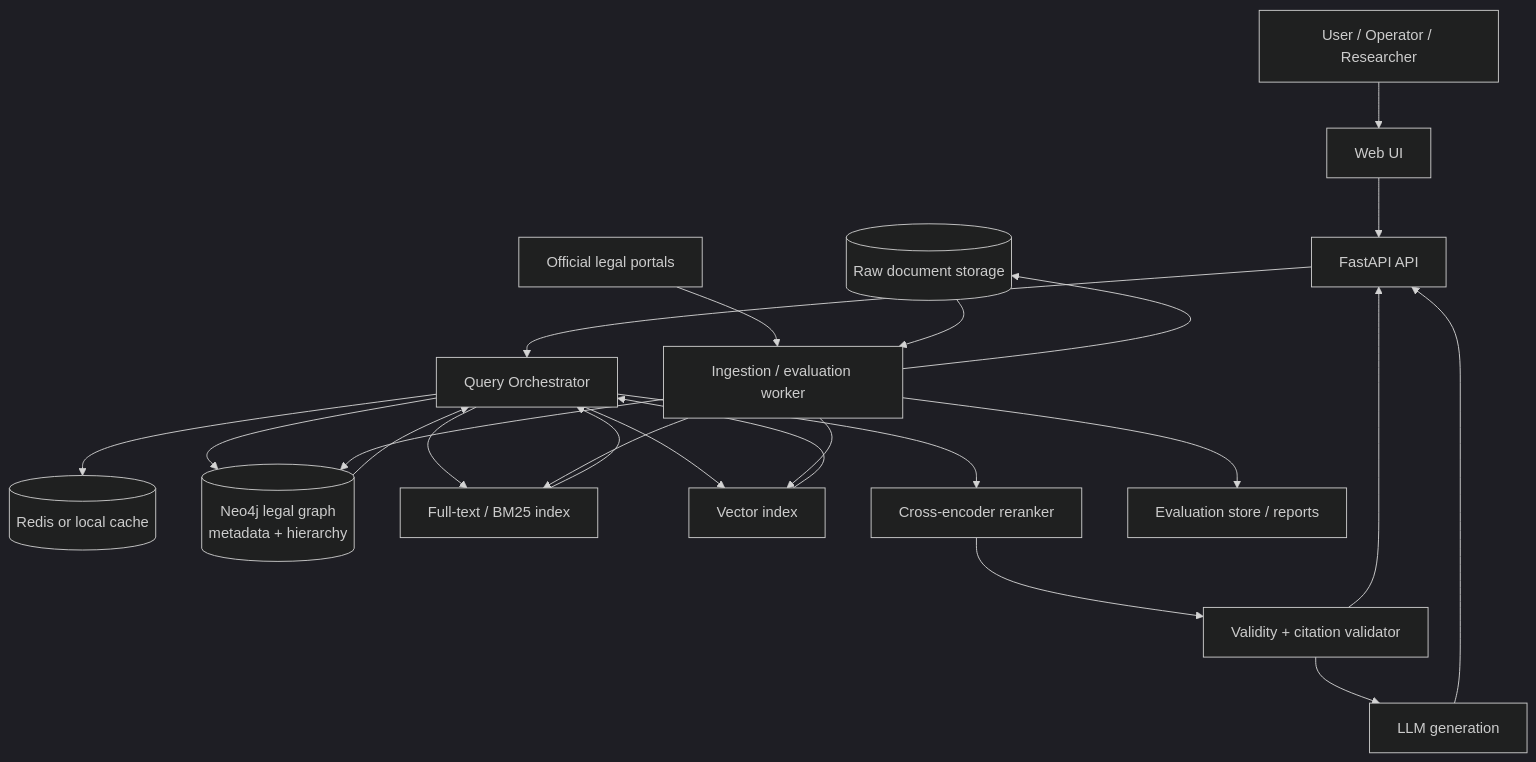
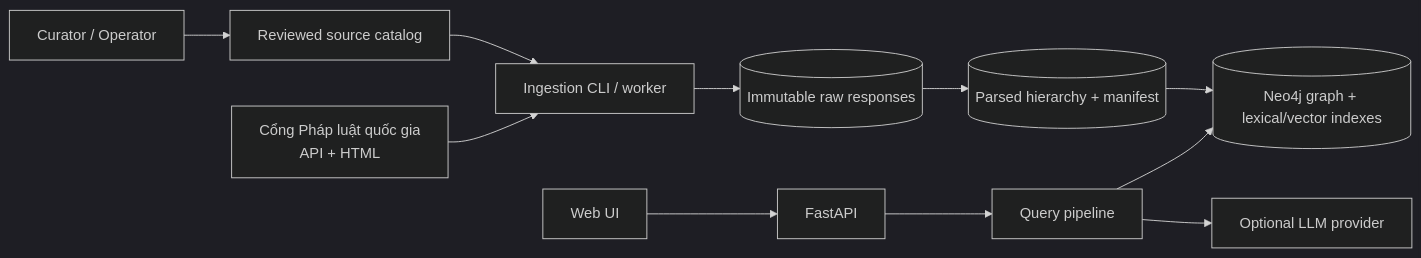
The first of 3 diagrams in docs/02-system-architecture.md (hungle123-dev/vietnamese-traffic-law-rag), drawn with Mermaid (dark theme) before and after one commit. The commit also changed other lines of this file and 44 other files, not shown here.

Commit message:
docs: finalize traffic law GraphRAG blueprint

````diff
--- a/docs/02-system-architecture.md
+++ b/docs/02-system-architecture.md
@@ -19,34 +11,21 @@
 ```mermaid
-flowchart TB
-    U[User / Operator / Researcher]
+flowchart LR
+    Operator[Curator / Operator]
+    Portal[Cổng Pháp luật quốc gia\nAPI + HTML]
+    Catalog[Reviewed source catalog]
+    Ingest[Ingestion CLI / worker]
+    Raw[(Immutable raw responses)]
+    Parsed[(Parsed hierarchy + manifest)]
+    Graph[(Neo4j graph + lexical/vector indexes)]
+    API[FastAPI]
+    Retrieve[Query pipeline]
+    LLM[Optional LLM provider]
     UI[Web UI]
-    API[FastAPI API]
-    ORCH[Query Orchestrator]
-    CACHE[(Redis or local cache)]
-    META[(Neo4j legal graph\nmetadata + hierarchy)]
-    RAW[(Raw document storage)]
-    LEX[Full-text / BM25 index]
-    VEC[Vector index]
-    RERANK[Cross-encoder reranker]
-    VALID[Validity + citation validator]
-    LLM[LLM generation]
-    WORKER[Ingestion / evaluation worker]
-    SOURCES[Official legal portals]
-    EVAL[Evaluation store / reports]
 
-    U --> UI --> API --> ORCH
-    ORCH --> CACHE
-    ORCH --> LEX
-    ORCH --> VEC
-    ORCH --> META
-    LEX --> ORCH
-    VEC --> ORCH
-    META --> ORCH
-    ORCH --> RERANK --> VALID --> LLM --> API
-    VALID --> API
-    SOURCES --> WORKER --> RAW
-    RAW --> WORKER --> META
-    WORKER --> LEX
-    WORKER --> VEC
-    WORKER --> EVAL
+    Operator --> Catalog --> Ingest
+    Portal --> Ingest
+    Ingest --> Raw --> Parsed --> Graph
+    UI --> API --> Retrieve
+    Retrieve --> Graph
+    Retrieve --> LLM
 ```
````
